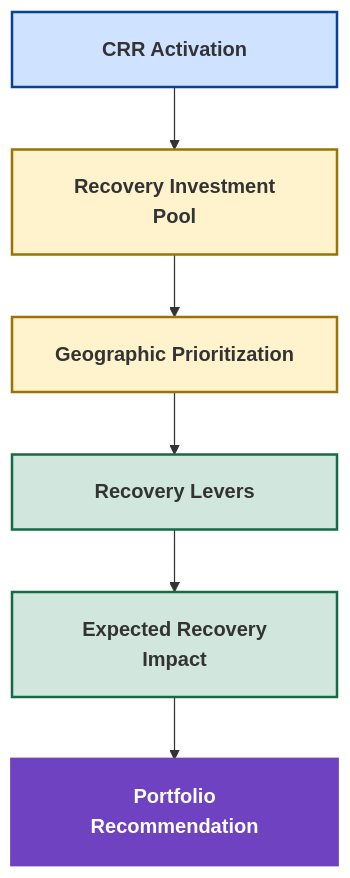
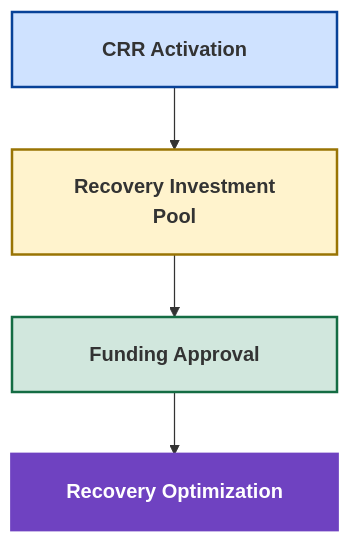
The third of 4 diagrams in 08_CRR_Optimization/central-risk-reserve.md (AwesomeAnil/newbridge-saas-operating-system), drawn with Mermaid before and after one commit. The commit also changed other lines of this file, not shown here.

````diff
--- a/08_CRR_Optimization/central-risk-reserve.md
+++ b/08_CRR_Optimization/central-risk-reserve.md
@@ -244,27 +266,16 @@
 ```mermaid
 flowchart TD
+    A["<table width='200'><tr><td style='white-space: normal; word-wrap: break-word;'><b>CRR Activation</b></td></tr></table>"]
+    B["<table width='200'><tr><td style='white-space: normal; word-wrap: break-word;'><b>Recovery Investment Pool</b></td></tr></table>"]
+    C["<table width='200'><tr><td style='white-space: normal; word-wrap: break-word;'><b>Funding Approval</b></td></tr></table>"]
+    D["<table width='200'><tr><td style='white-space: normal; word-wrap: break-word;'><b>Recovery Optimization</b></td></tr></table>"]
 
-A["<table width='200'><tr><td style='white-space: normal; word-wrap: break-word;'><b>CRR Activation</b></td></tr></table>"]
+    A --> B
+    B --> C
+    C --> D
 
---> B["<table width='200'><tr><td style='white-space: normal; word-wrap: break-word;'><b>Recovery Investment Pool</b></td></tr></table>"]
-
---> C["<table width='200'><tr><td style='white-space: normal; word-wrap: break-word;'><b>Geographic Prioritization</b></td></tr></table>"]
-
---> D["<table width='200'><tr><td style='white-space: normal; word-wrap: break-word;'><b>Recovery Levers</b></td></tr></table>"]
-
---> E["<table width='200'><tr><td style='white-space: normal; word-wrap: break-word;'><b>Expected Recovery Impact</b></td></tr></table>"]
-
---> F["<table width='200'><tr><td style='white-space: normal; word-wrap: break-word;'><b>Portfolio Recommendation</b></td></tr></table>"]
-
-style A fill:#cfe2ff,stroke:#084298,stroke-width:2px
-
-style B fill:#fff3cd,stroke:#997404,stroke-width:2px
-
-style C fill:#fff3cd,stroke:#997404,stroke-width:2px
-
-style D fill:#d1e7dd,stroke:#146c43,stroke-width:2px
-
-style E fill:#d1e7dd,stroke:#146c43,stroke-width:2px
-
-style F fill:#6f42c1,color:#ffffff,stroke:#6f42c1,stroke-width:3px
+    style A fill:#cfe2ff,stroke:#084298,stroke-width:2px
+    style B fill:#fff3cd,stroke:#997404,stroke-width:2px
+    style C fill:#d1e7dd,stroke:#146c43,stroke-width:2px
+    style D fill:#6f42c1,color:#ffffff,stroke:#6f42c1,stroke-width:3px
 ```
````
